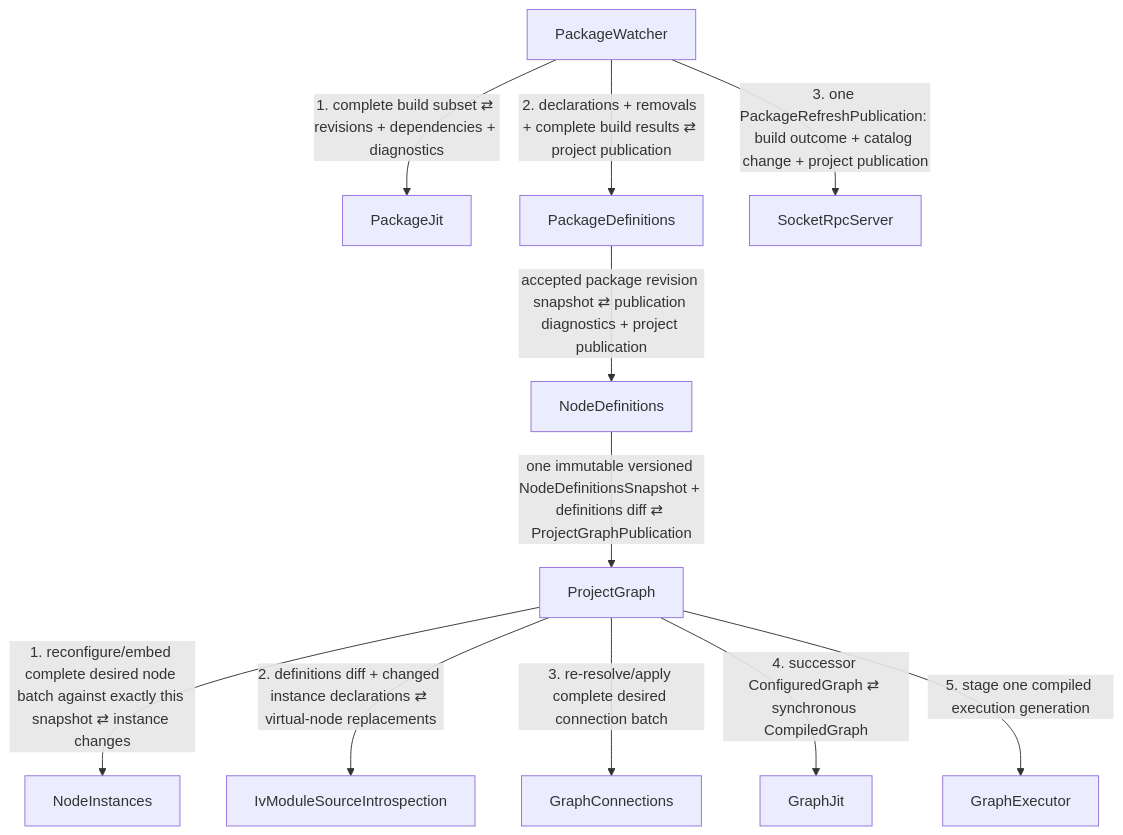
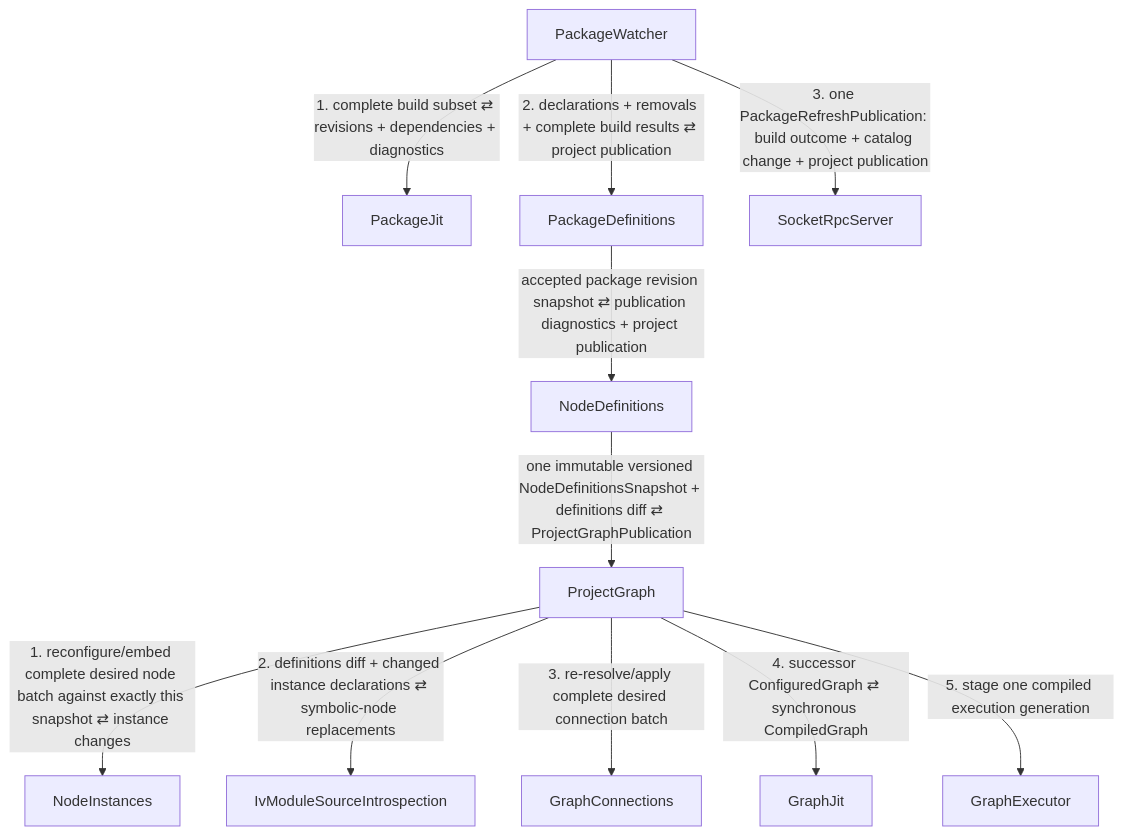
The first of 4 diagrams in docs/event_flows/package_refresh.md (ljleb/intravenous), drawn with Mermaid before and after one commit. The commit also changed 194 other files, not shown here.

Commit message:
virtual node -> symbolic node, and beginning of wasm presentation for automation curves

````diff
--- a/docs/event_flows/package_refresh.md
+++ b/docs/event_flows/package_refresh.md
@@ -13,26 +13,26 @@
 ```mermaid
 flowchart TD
     PW["PackageWatcher"]
     PJ["PackageJit"]
     PD["PackageDefinitions"]
     ND["NodeDefinitions"]
     PG["ProjectGraph"]
     NI["NodeInstances"]
     GC["GraphConnections"]
     IMSI["IvModuleSourceIntrospection"]
     GJ["GraphJit"]
     GE["GraphExecutor"]
     RPC["SocketRpcServer"]
 
     PW -->|"1. complete build subset ⇄ revisions + dependencies + diagnostics"| PJ
     PW -->|"2. declarations + removals + complete build results ⇄ project publication"| PD
     PD -->|"accepted package revision snapshot ⇄ publication diagnostics + project publication"| ND
     ND -->|"one immutable versioned NodeDefinitionsSnapshot + definitions diff ⇄ ProjectGraphPublication"| PG
 
     PG -->|"1. reconfigure/embed complete desired node batch against exactly this snapshot ⇄ instance changes"| NI
-    PG -->|"2. definitions diff + changed instance declarations ⇄ virtual-node replacements"| IMSI
+    PG -->|"2. definitions diff + changed instance declarations ⇄ symbolic-node replacements"| IMSI
     PG -->|"3. re-resolve/apply complete desired connection batch"| GC
     PG -->|"4. successor ConfiguredGraph ⇄ synchronous CompiledGraph"| GJ
     PG -->|"5. stage one compiled execution generation"| GE
     PW -->|"3. one PackageRefreshPublication: build outcome + catalog change + project publication"| RPC
 ```
````
